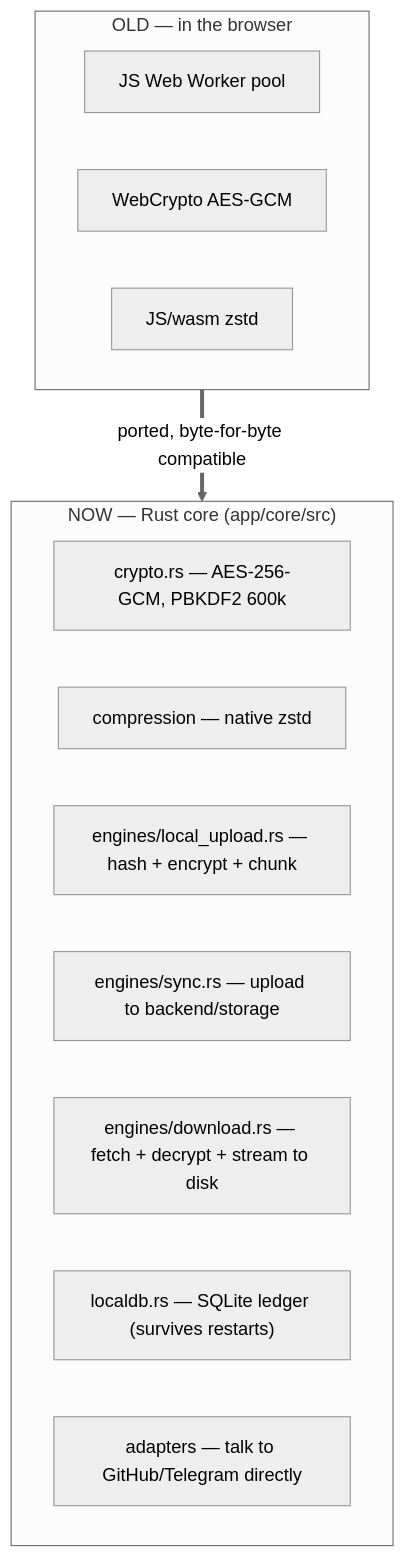
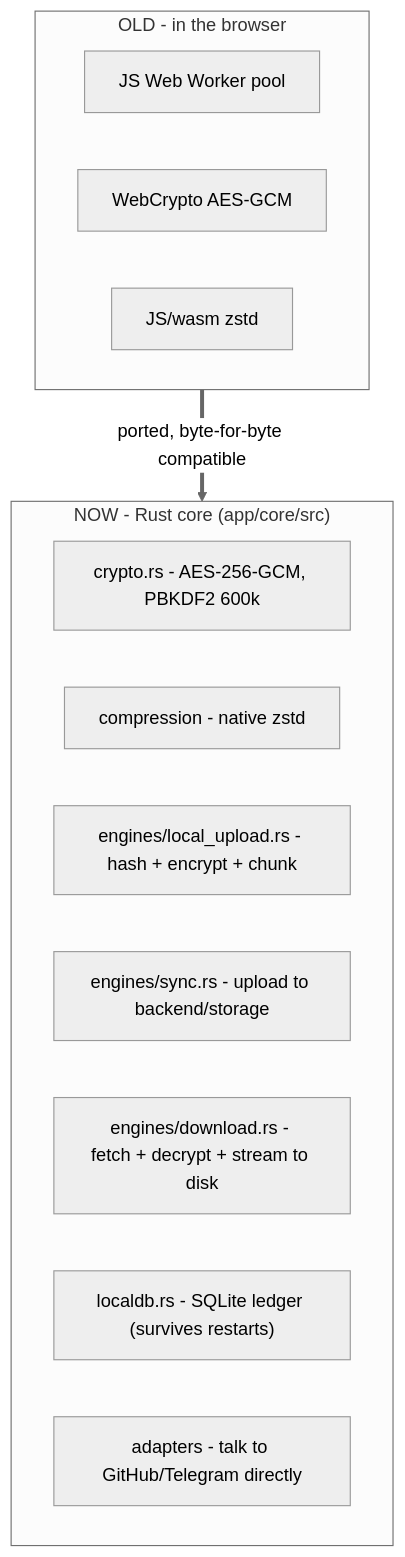
One commit to Wosmos/zcrypt changed the second of 5 diagrams in docs/DESKTOP_UPLOAD_EXPLAINED.md. Above: the diagram before and after it, drawn with Mermaid (neutral theme). The commit also changed other lines of this file and 30 other files, not shown here.

````diff
--- a/docs/DESKTOP_UPLOAD_EXPLAINED.md
+++ b/docs/DESKTOP_UPLOAD_EXPLAINED.md
@@ -48,18 +48,18 @@
 ```mermaid
 flowchart TB
-    subgraph OLD["OLD — in the browser"]
+    subgraph OLD["OLD - in the browser"]
         O1["JS Web Worker pool"]
         O2["WebCrypto AES-GCM"]
         O3["JS/wasm zstd"]
     end
-    subgraph NEW["NOW — Rust core (app/core/src)"]
-        N1["crypto.rs — AES-256-GCM, PBKDF2 600k"]
-        N2["compression — native zstd"]
-        N3["engines/local_upload.rs — hash + encrypt + chunk"]
-        N4["engines/sync.rs — upload to backend/storage"]
-        N5["engines/download.rs — fetch + decrypt + stream to disk"]
-        N6["localdb.rs — SQLite ledger (survives restarts)"]
-        N7["adapters — talk to GitHub/Telegram directly"]
+    subgraph NEW["NOW - Rust core (app/core/src)"]
+        N1["crypto.rs - AES-256-GCM, PBKDF2 600k"]
+        N2["compression - native zstd"]
+        N3["engines/local_upload.rs - hash + encrypt + chunk"]
+        N4["engines/sync.rs - upload to backend/storage"]
+        N5["engines/download.rs - fetch + decrypt + stream to disk"]
+        N6["localdb.rs - SQLite ledger (survives restarts)"]
+        N7["adapters - talk to GitHub/Telegram directly"]
     end
     OLD ==>|"ported, byte-for-byte compatible"| NEW
 ```
````
